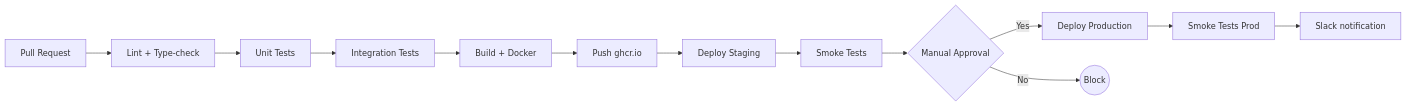
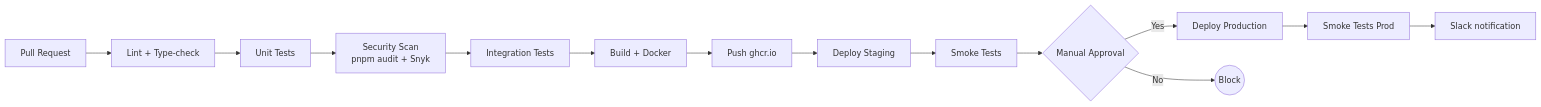
Before and after one commit to ibalasite/pet: diagram 26 of 27 in docs/EDD.md, drawn with Mermaid. The commit also changed other lines of this file, not shown here.

````diff
--- a/docs/EDD.md
+++ b/docs/EDD.md
@@ -2544,15 +2544,16 @@
 ```mermaid
 flowchart LR
     PR[Pull Request] --> Lint[Lint + Type-check]
     Lint --> Unit[Unit Tests]
-    Unit --> Int[Integration Tests]
+    Unit --> SAST[Security Scan\npnpm audit + Snyk]
+    SAST --> Int[Integration Tests]
     Int --> Build[Build + Docker]
     Build --> Push[Push ghcr.io]
     Push --> Staging[Deploy Staging]
     Staging --> Smoke[Smoke Tests]
     Smoke --> Approve{Manual Approval}
     Approve -->|Yes| Prod[Deploy Production]
     Approve -->|No| End((Block))
     Prod --> SmokeProd[Smoke Tests Prod]
     SmokeProd --> Notify[Slack notification]
 ```
````
